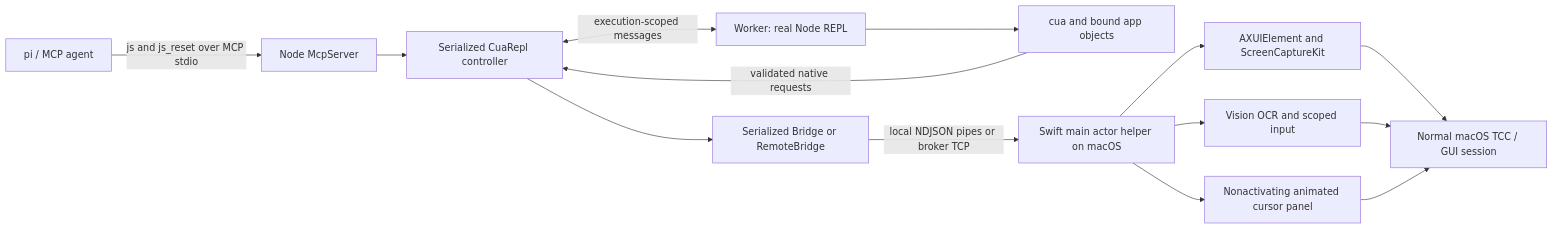
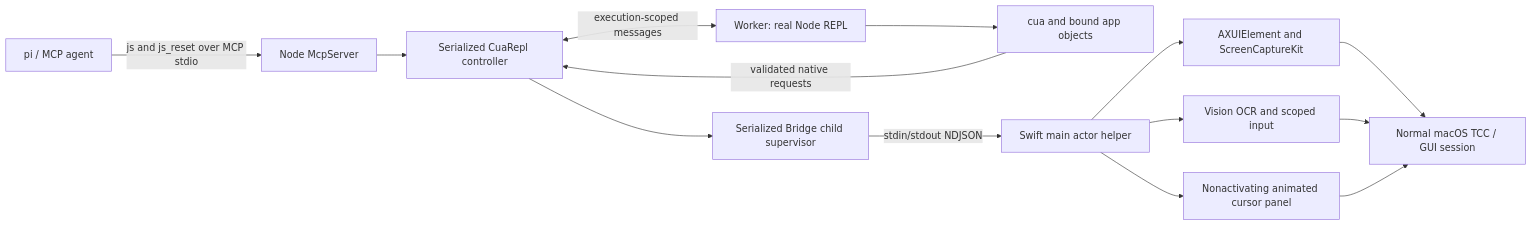
The diagram in docs/ARCHITECTURE.md (hhe48203-ctrl/macos-computer-use-mcp), drawn with Mermaid before and after one commit. The commit also changed other lines of this file and 21 other files, not shown here.

````diff
--- a/docs/ARCHITECTURE.md
+++ b/docs/ARCHITECTURE.md
@@ -3,14 +3,14 @@
 ```mermaid
 flowchart LR
   A[pi / MCP agent] -->|js and js_reset over MCP stdio| B[Node McpServer]
   B --> C[Serialized CuaRepl controller]
   C <-->|execution-scoped messages| D[Worker: real Node REPL]
   D --> E[cua and bound app objects]
   E -->|validated native requests| C
-  C --> F[Serialized Bridge or RemoteBridge]
-  F -->|local NDJSON pipes or broker TCP| G[Swift main actor helper on macOS]
+  C --> F[Serialized Bridge child supervisor]
+  F -->|stdin/stdout NDJSON| G[Swift main actor helper]
   G --> H[AXUIElement and ScreenCaptureKit]
   G --> I[Vision OCR and scoped input]
   G --> J[Nonactivating animated cursor panel]
   H & I & J --> K[Normal macOS TCC / GUI session]
 ```
````
